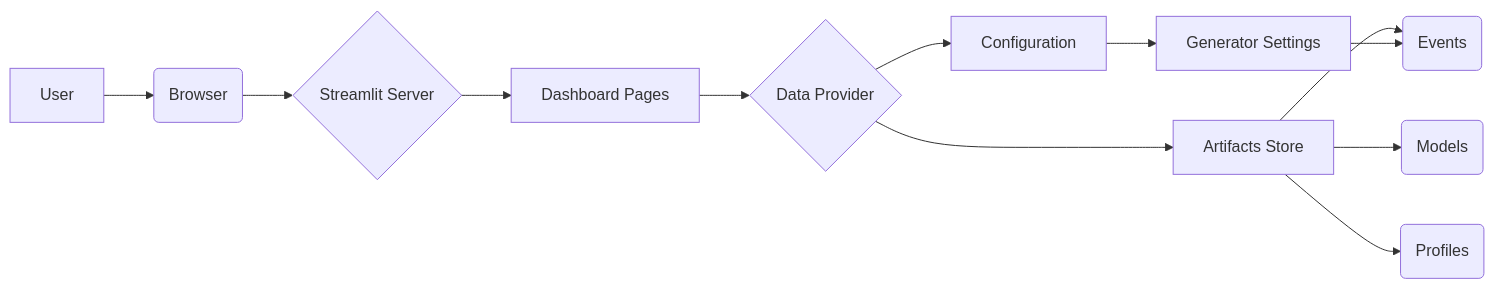
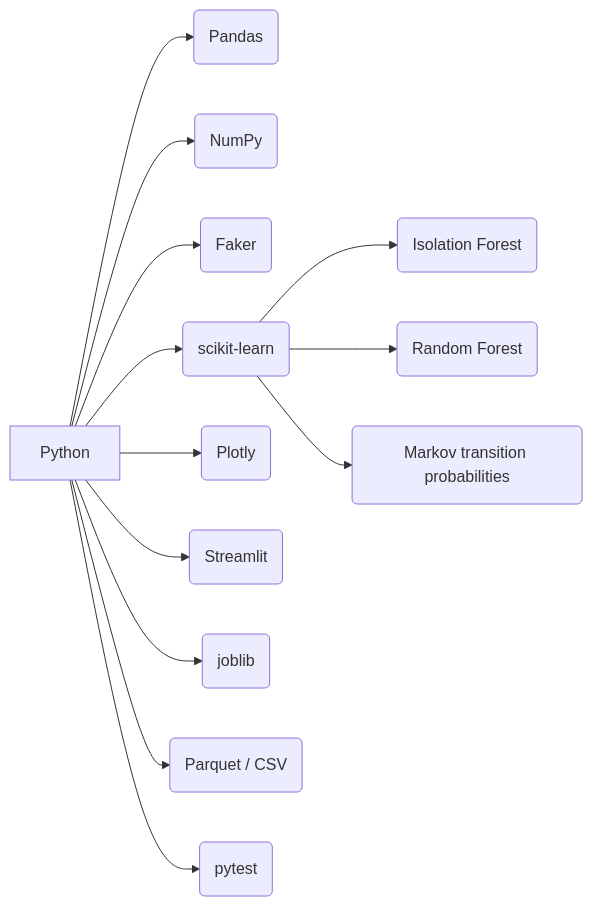
One commit to arc-github01/AgeisAI changed the third of 5 diagrams in README.md. Above: the diagram before and after it, drawn with Mermaid. The commit also changed other lines of this file, not shown here.

````diff
--- a/README.md
+++ b/README.md
@@ -97,14 +176,16 @@
 ```mermaid
 flowchart LR
-    A[User] --> B(Browser);
-    B --> C{Streamlit Server};
-    C --> D[Dashboard Pages];
-    D --> E{Data Provider};
-    E --> F[Configuration];
-    E --> G[Artifacts Store];
-    G --> H(Models);
-    G --> I(Profiles);
-    G --> J(Events);
-    F --> K[Generator Settings];
-    K --> J;
+    A[Python] --> B(Pandas);
+    A --> C(NumPy);
+    A --> D(Faker);
+    A --> E(scikit-learn);
+    A --> F(Plotly);
+    A --> G(Streamlit);
+    A --> H(joblib);
+    A --> I(Parquet / CSV);
+    A --> J(pytest);
+
+    E --> K(Isolation Forest);
+    E --> L(Random Forest);
+    E --> M(Markov transition probabilities);
 ```
````
